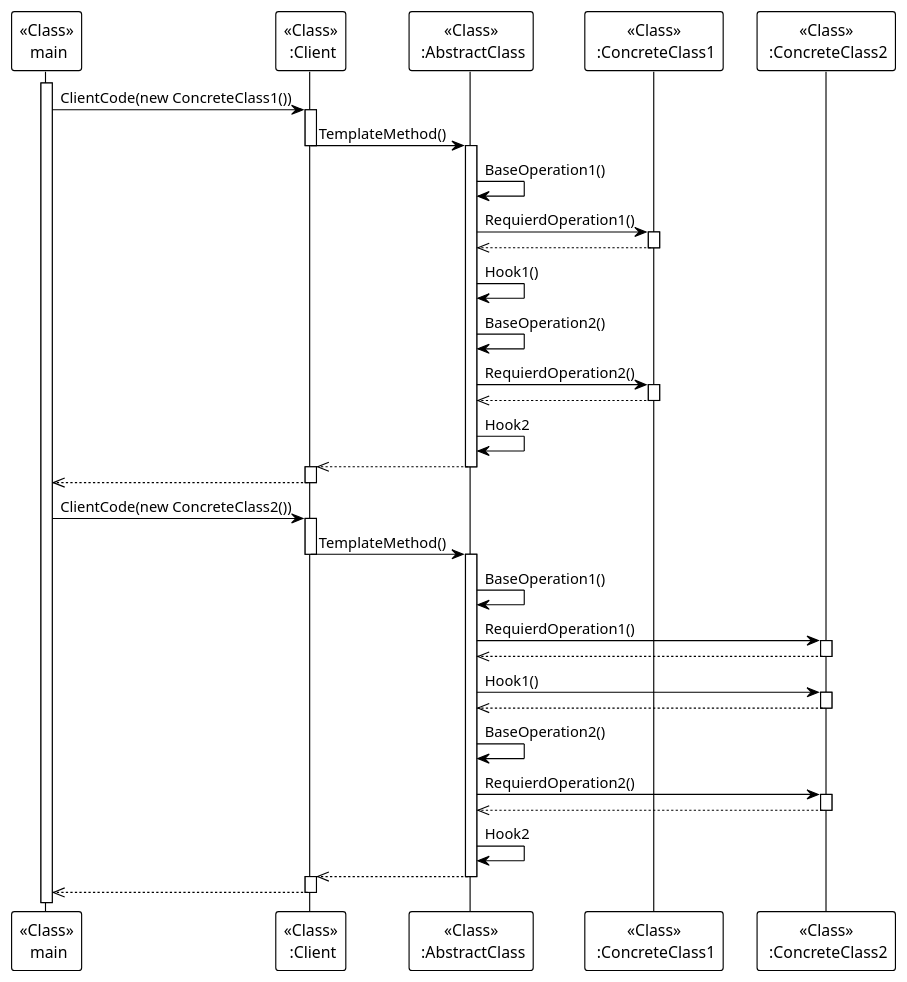
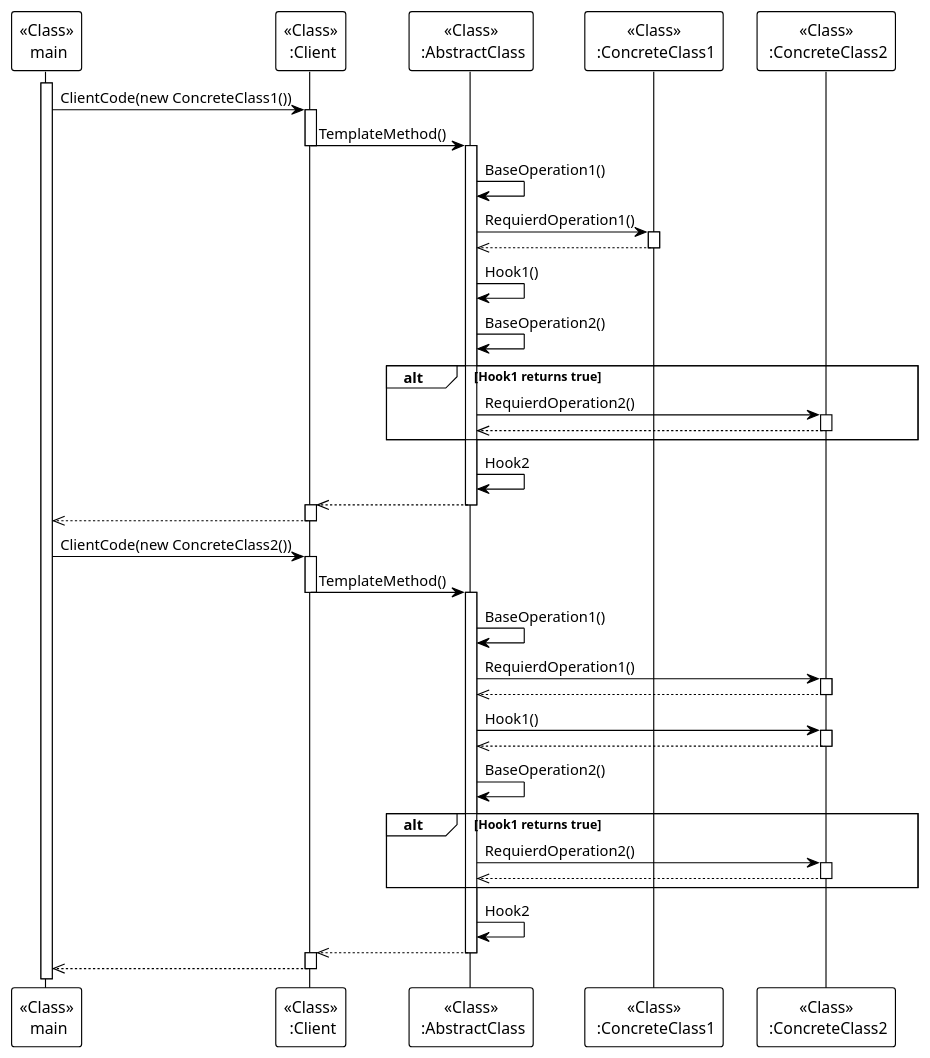
One commit to BjarkeKarlsen/SWD_Exercises changed the diagram in Eksamen/StrategyPattern_TemplateMethodPattern/TemplateMethod.puml. Above: the diagram before and after it, drawn with PlantUML.

Commit message:
added alt

```diff
--- a/Eksamen/StrategyPattern_TemplateMethodPattern/TemplateMethod.puml
+++ b/Eksamen/StrategyPattern_TemplateMethodPattern/TemplateMethod.puml
@@ -1,67 +1,71 @@
 @startuml
 !theme plain
 participant "<<Class>>\n main" as m
 participant "<<Class>>\n :Client" as c
 participant "<<Class>>\n :AbstractClass" as ac
 
 participant "<<Class>>\n :ConcreteClass1" as cc1
 participant "<<Class>>\n :ConcreteClass2" as cc2
 
 
 activate m
 m -> c : ClientCode(new ConcreteClass1())
 activate c
 c -> ac : TemplateMethod()
 deactivate c
 activate ac
 
 ac -> ac : BaseOperation1()
 ac -> cc1 : RequierdOperation1()
 activate cc1
 cc1 -->> ac : 
 deactivate cc1
 ac -> ac : Hook1()
 
 ac -> ac : BaseOperation2()
-ac -> cc1 : RequierdOperation2()
-activate cc1
-cc1 -->> ac :
-deactivate cc1
+alt Hook1 returns true
+ac -> cc2 : RequierdOperation2()
+activate cc2
+cc2 -->> ac :
+deactivate cc2
+end
 ac -> ac : Hook2
 
 ac -->> c : 
 deactivate ac
 activate c
 c -->> m : 
 deactivate c
 
 m -> c : ClientCode(new ConcreteClass2())
 activate c
 c -> ac : TemplateMethod()
 deactivate c
 activate ac
 
 ac -> ac : BaseOperation1()
 ac -> cc2 : RequierdOperation1()
 activate cc2
 cc2 -->> ac : 
 deactivate cc2
 ac -> cc2 : Hook1()
 activate cc2
 cc2 -->> ac : 
 deactivate cc2
 
 ac -> ac : BaseOperation2()
+alt Hook1 returns true
 ac -> cc2 : RequierdOperation2()
 activate cc2
 cc2 -->> ac :
 deactivate cc2
+end
 ac -> ac : Hook2
 
 ac -->> c : 
 deactivate ac
 activate c
 c -->> m : 
 deactivate c
 
 @enduml
```
